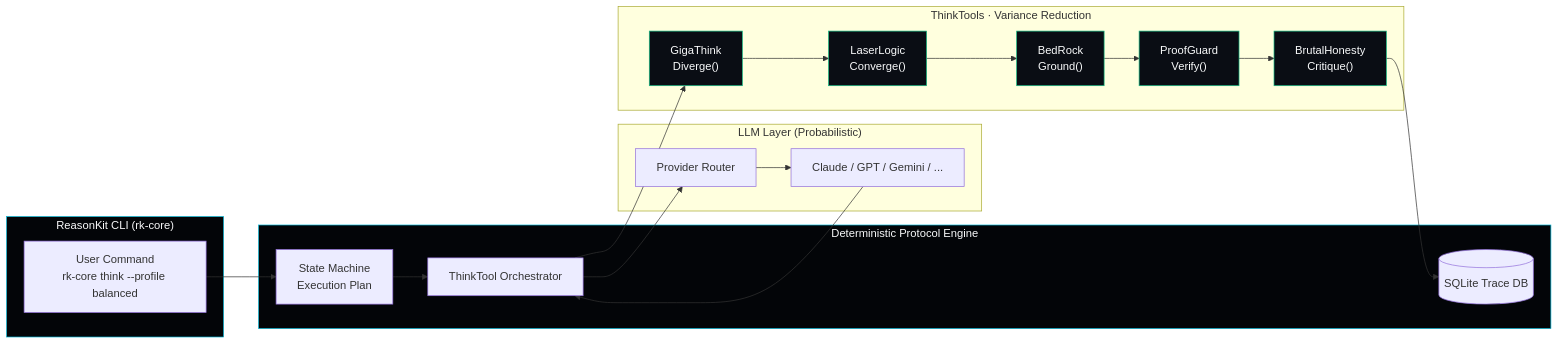
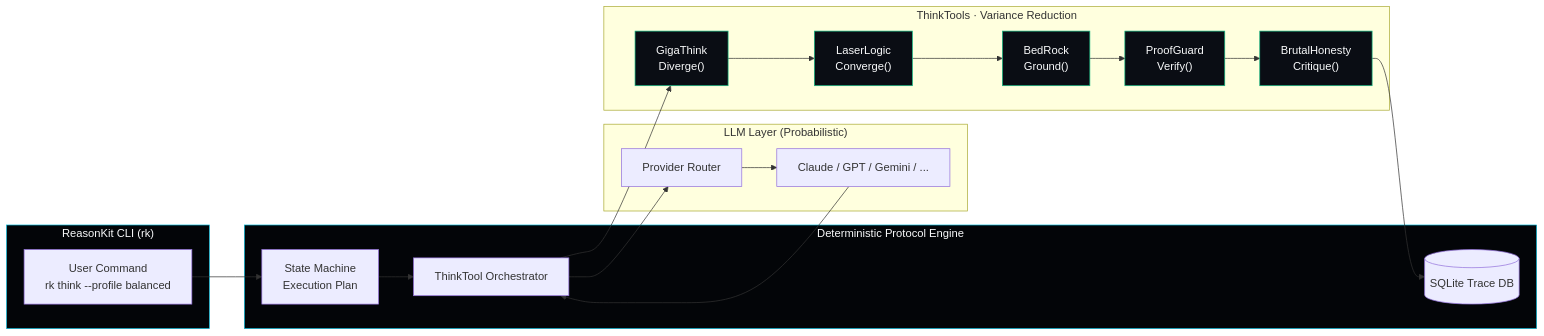
Before and after one commit to reasonkit/reasonkit-core: the diagram in README.md, drawn with Mermaid. The commit also changed other lines of this file, not shown here.

````diff
--- a/README.md
+++ b/README.md
@@ -283,36 +226,36 @@
 ```mermaid
 flowchart LR
-    subgraph CLI["ReasonKit CLI (rk-core)"]
-      A[User Command<br/>rk-core think --profile balanced]
+    subgraph CLI["ReasonKit CLI (rk)"]
+      A[User Command<br/>rk think --profile balanced]
     end
 
     subgraph PROTOCOL["Deterministic Protocol Engine"]
       B1[State Machine<br/>Execution Plan]
       B2[ThinkTool Orchestrator]
       B3[(SQLite Trace DB)]
     end
 
     subgraph LLM["LLM Layer (Probabilistic)"]
       C1[Provider Router]
       C2[Claude / GPT / Gemini / ...]
     end
 
     subgraph TOOLS["ThinkTools · Variance Reduction"]
       G["GigaThink<br/>Diverge()"]
       LZ["LaserLogic<br/>Converge()"]
       BR["BedRock<br/>Ground()"]
       PG["ProofGuard<br/>Verify()"]
       BH["BrutalHonesty<br/>Critique()"]
     end
 
     A --> B1 --> B2 --> G --> LZ --> BR --> PG --> BH --> B3
     B2 --> C1 --> C2 --> B2
 
     classDef core fill:#030508,stroke:#06b6d4,stroke-width:1px,color:#f9fafb;
     classDef tool fill:#0a0d14,stroke:#10b981,stroke-width:1px,color:#f9fafb;
     classDef llm fill:#111827,stroke:#a855f7,stroke-width:1px,color:#f9fafb;
 
     class CLI,PROTOCOL core;
     class G,LZ,BR,PG,BH tool;
     class LLM,llm C1,C2;
 ```
````
